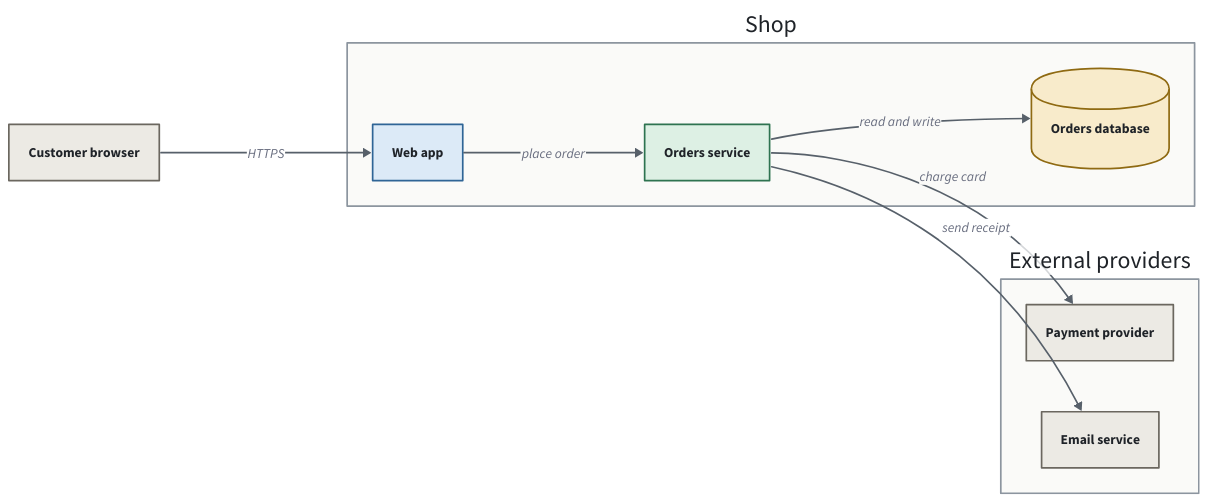
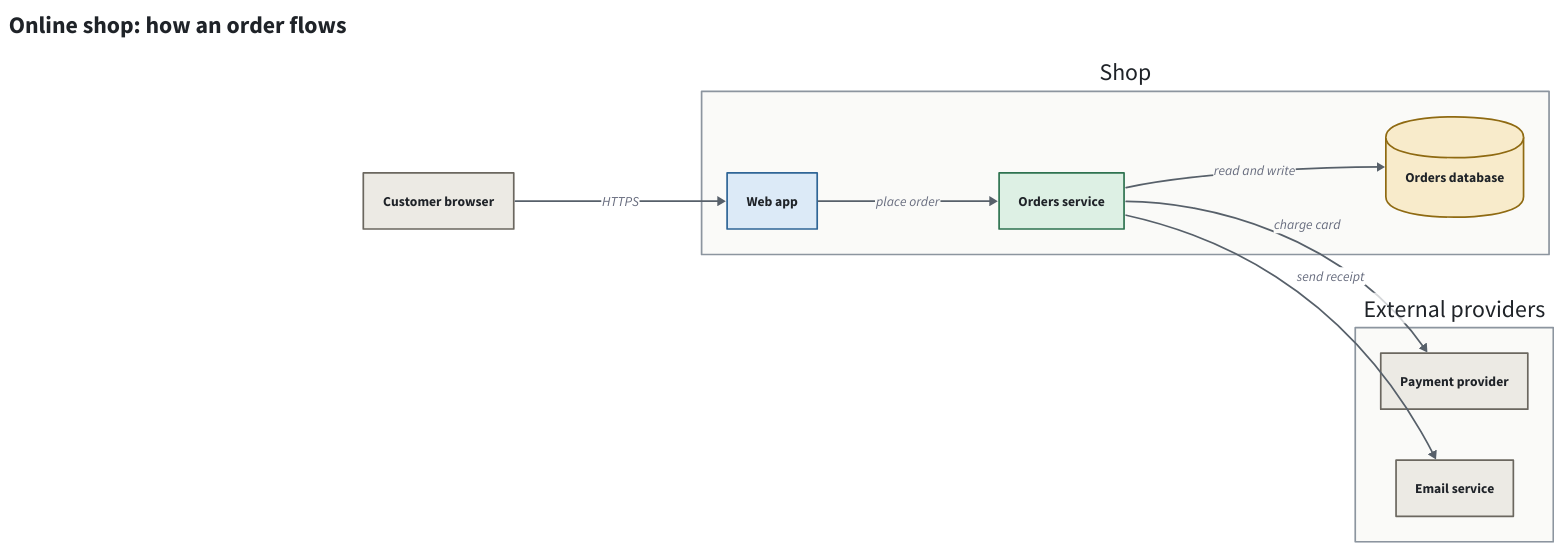
One commit to asabirov/diagrams-skill changed the diagram in checks/architecture.d2. Above: the diagram before and after it, drawn with D2. The commit also changed 4 other files, not shown here.

First line of the commit message:
Rename to diagrams, put the title inside the picture, and fix the test drive gaps

```diff
--- a/checks/architecture.d2
+++ b/checks/architecture.d2
@@ -1,46 +1,44 @@
 # Online shop architecture: the same diagram as checks/architecture.mmd.
 direction: right
 (** -> **)[*].style.stroke: "#57606A"
+(** <-> **)[*].style.stroke: "#57606A"
+
+title: "Online shop: how an order flows" {
+  near: top-left
+  shape: text
+  style: {font-size: 28; bold: true; font-color: "#1F2328"}
+}
 
 classes: {
   # outside: people, browsers and other companies' systems
   outside: {style: {fill: "#ECEAE4"; stroke: "#6B675F"; font-color: "#1F2328"}}
   # way in: what first receives a request, such as a web app, API or queue
   way-in: {style: {fill: "#DCEAF7"; stroke: "#2F6596"; font-color: "#1F2328"}}
   # core: the services and jobs that do the work
   core: {style: {fill: "#DDF0E4"; stroke: "#2E7350"; font-color: "#1F2328"}}
   # records: databases, files and other stored data
   records: {style: {fill: "#F8EBCB"; stroke: "#8F6A12"; font-color: "#1F2328"}}
   # group: a boundary around boxes, such as a system or a team
   group: {style: {fill: "#FAFAF8"; stroke: "#8C959F"; font-color: "#1F2328"}}
 }
 
 browser: Customer browser {class: outside}
 
 shop: Shop {
   class: group
   web: Web app {class: way-in}
   orders: Orders service {class: core}
   db: Orders database {shape: cylinder; class: records}
   web -> orders: place order
   orders -> db: read and write
 }
 
 external: External providers {
   class: group
   pay: Payment provider {class: outside}
   mail: Email service {class: outside}
 }
 
 browser -> shop.web: HTTPS
 shop.orders -> external.pay: charge card
 shop.orders -> external.mail: send receipt
-
-vars: {
-  d2-legend: {
-    a: Outside {class: outside}
-    b: Way in {class: way-in}
-    c: Core {class: core}
-    d: Records {shape: cylinder; class: records}
-  }
-}
```
